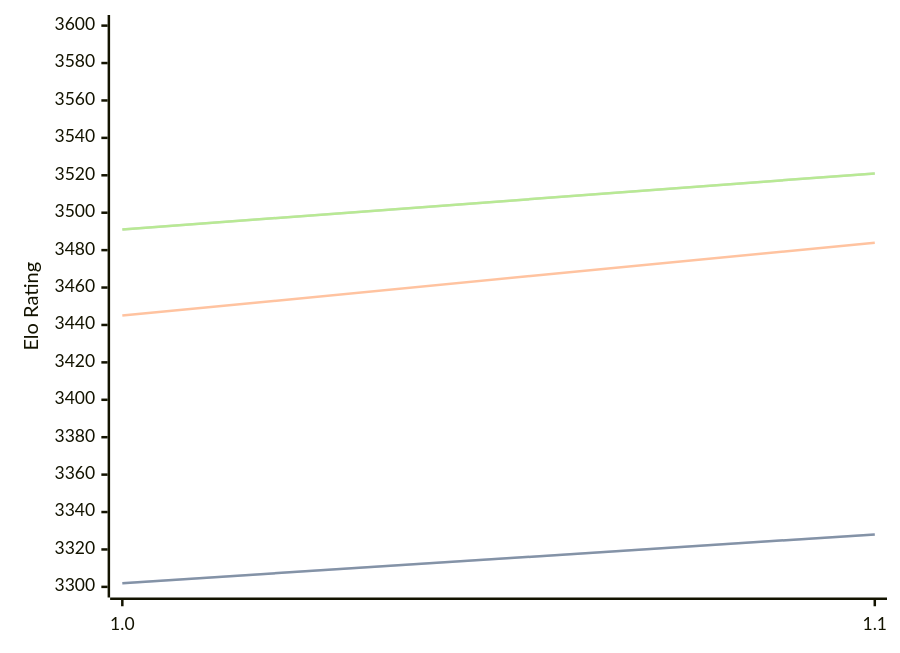
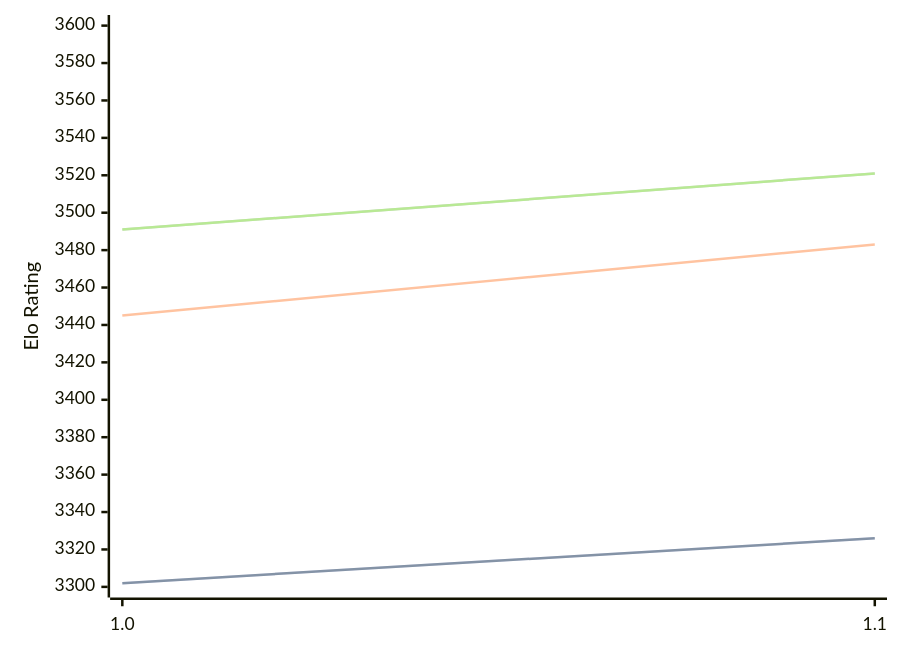
The first of 3 diagrams in engines/Icarus.md (computer-chess-index/cci), drawn with Mermaid before and after one commit. The commit also changed other lines of this file, not shown here.

````diff
--- a/engines/Icarus.md
+++ b/engines/Icarus.md
@@ -32,11 +32,11 @@
 ```mermaid
 %%{init: {"theme":"base","themeVariables":{"seriesColors:['#a3a3a3','#222221','#faa371']}}}%%
 xychart-beta
   x-axis ["1.0", "1.1"]
   y-axis "Elo Rating" 3300 --> 3600
-  line "STC (8.0+0.08s)" [3302, 3328]
-  line "STC (8.0+0.08s)" [3302, 3328]
-  line "LTC (60.0+0.60s)" [3445, 3484]
+  line "STC (8.0+0.08s)" [3302, 3326]
+  line "STC (8.0+0.08s)" [3302, 3326]
+  line "LTC (60.0+0.60s)" [3445, 3483]
   line "VLTC (2m24s+1.12s)" [3491, 3521]
   line "VLTC (2m24s+1.12s)" [3491, 3521]
 ```
````
